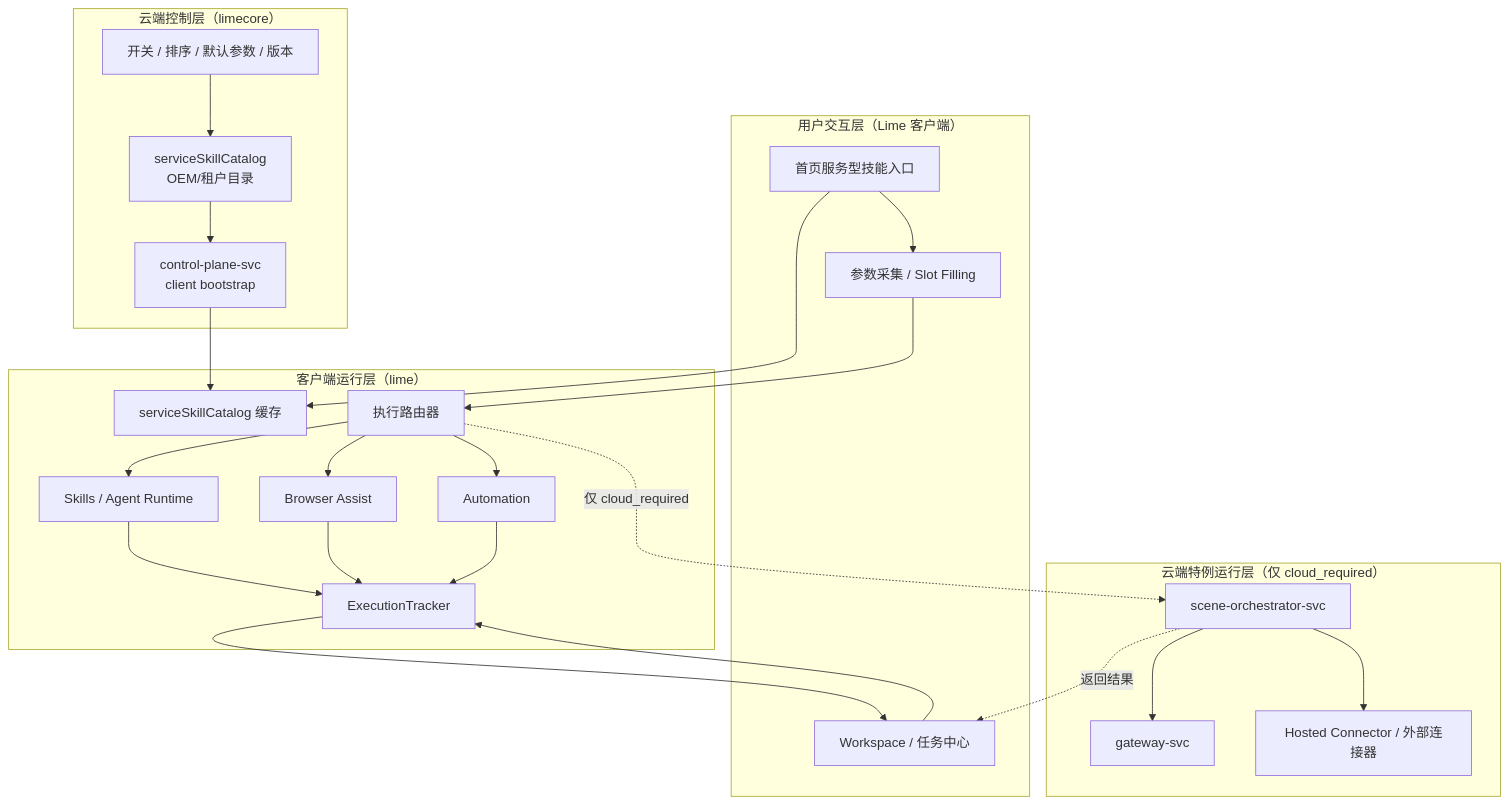
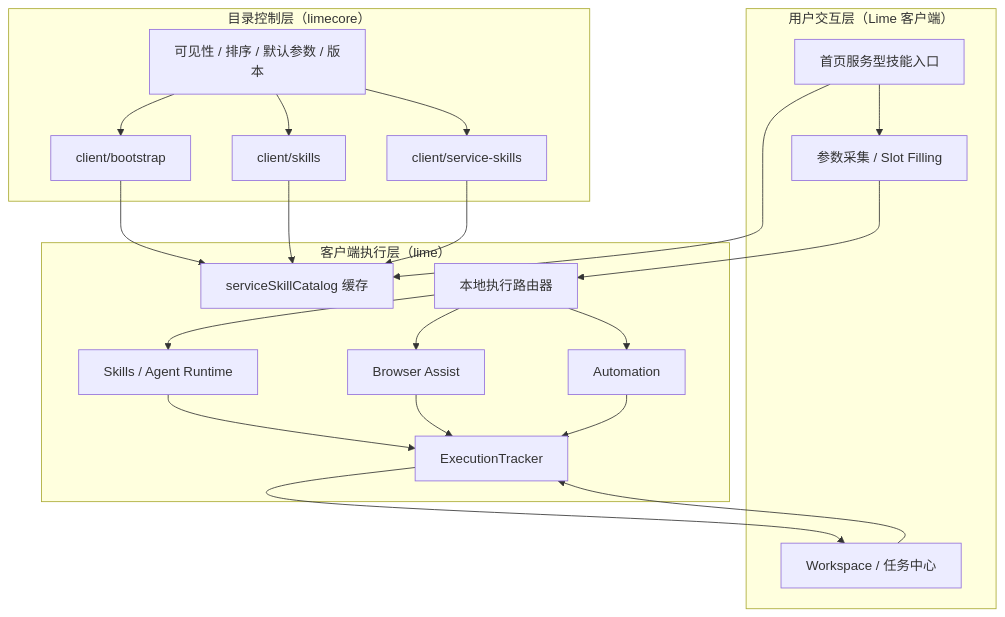
The diagram in docs/roadmap/lime-service-skill-cloud-config-prd.md (limecloud/lime), drawn with Mermaid before and after one commit. The commit also changed other lines of this file and 236 other files, not shown here.

````diff
--- a/docs/roadmap/lime-service-skill-cloud-config-prd.md
+++ b/docs/roadmap/lime-service-skill-cloud-config-prd.md
@@ -215,49 +167,43 @@
 ```mermaid
 flowchart TB
     subgraph UX["用户交互层（Lime 客户端）"]
         Home["首页服务型技能入口"]
         Slots["参数采集 / Slot Filling"]
         Workspace["Workspace / 任务中心"]
     end
 
-    subgraph Client["客户端运行层（lime）"]
+    subgraph Client["客户端执行层（lime）"]
         Cache["serviceSkillCatalog 缓存"]
-        Router["执行路由器"]
+        Router["本地执行路由器"]
         SkillRuntime["Skills / Agent Runtime"]
         Browser["Browser Assist"]
         Automation["Automation"]
         Tracker["ExecutionTracker"]
     end
 
-    subgraph CloudControl["云端控制层（limecore）"]
-        Bootstrap["control-plane-svc\nclient bootstrap"]
-        SkillCatalog["serviceSkillCatalog\nOEM/租户目录"]
-        Policy["开关 / 排序 / 默认参数 / 版本"]
-    end
-
-    subgraph CloudRuntime["云端特例运行层（仅 cloud_required）"]
-        Scene["scene-orchestrator-svc"]
-        Gateway["gateway-svc"]
-        Connector["Hosted Connector / 外部连接器"]
+    subgraph Control["目录控制层（limecore）"]
+        Bootstrap["client/bootstrap"]
+        SkillCatalog["client/skills"]
+        ServiceSkills["client/service-skills"]
+        Policy["可见性 / 排序 / 默认参数 / 版本"]
     end
 
     Home --> Slots --> Router
     Home --> Cache
     Workspace --> Tracker
     Bootstrap --> Cache
-    Policy --> SkillCatalog --> Bootstrap
+    SkillCatalog --> Cache
+    ServiceSkills --> Cache
+    Policy --> Bootstrap
+    Policy --> SkillCatalog
+    Policy --> ServiceSkills
 
     Router --> SkillRuntime
     Router --> Browser
     Router --> Automation
 
     SkillRuntime --> Tracker
     Browser --> Tracker
     Automation --> Tracker
     Tracker --> Workspace
-
-    Router -. 仅 cloud_required .-> Scene
-    Scene --> Gateway
-    Scene --> Connector
-    Scene -. 返回结果 .-> Workspace
 ```
````
